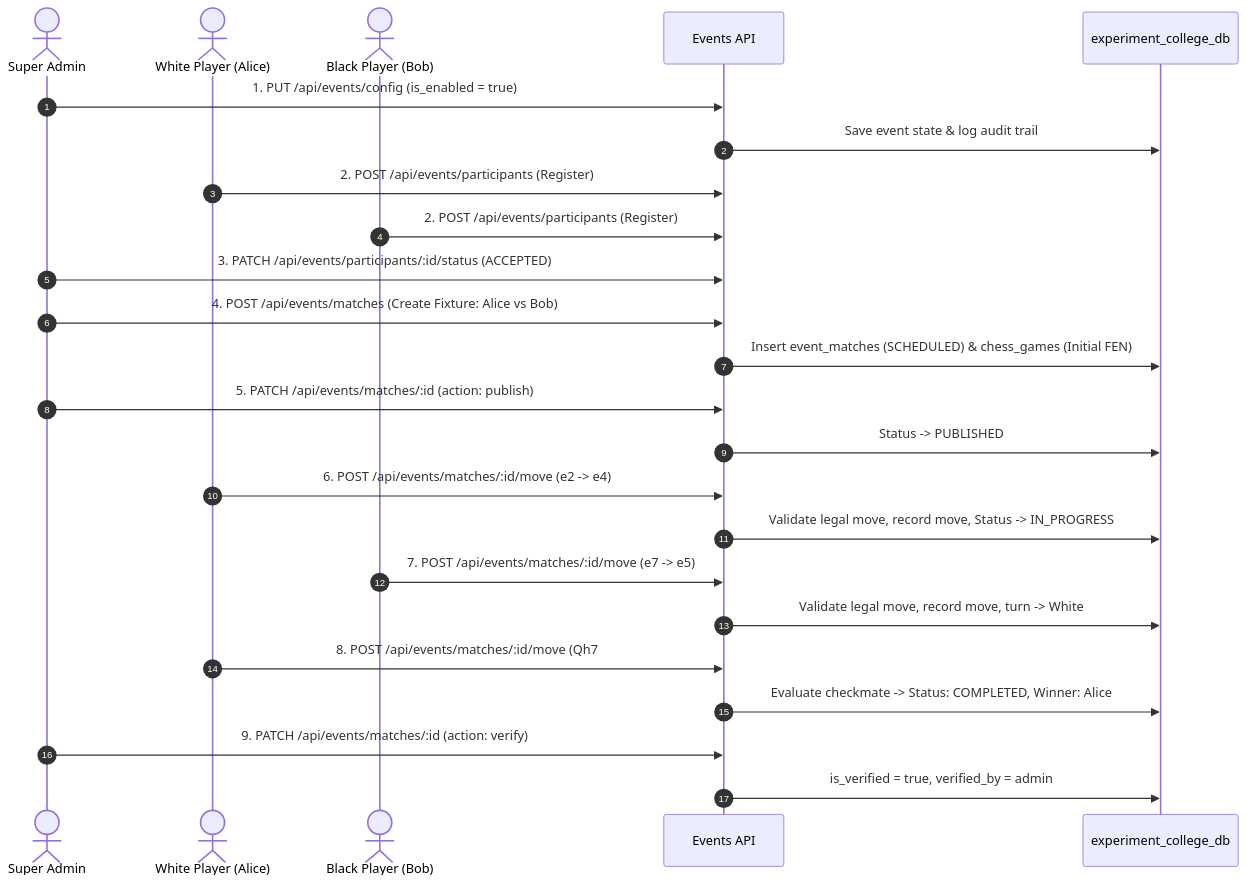
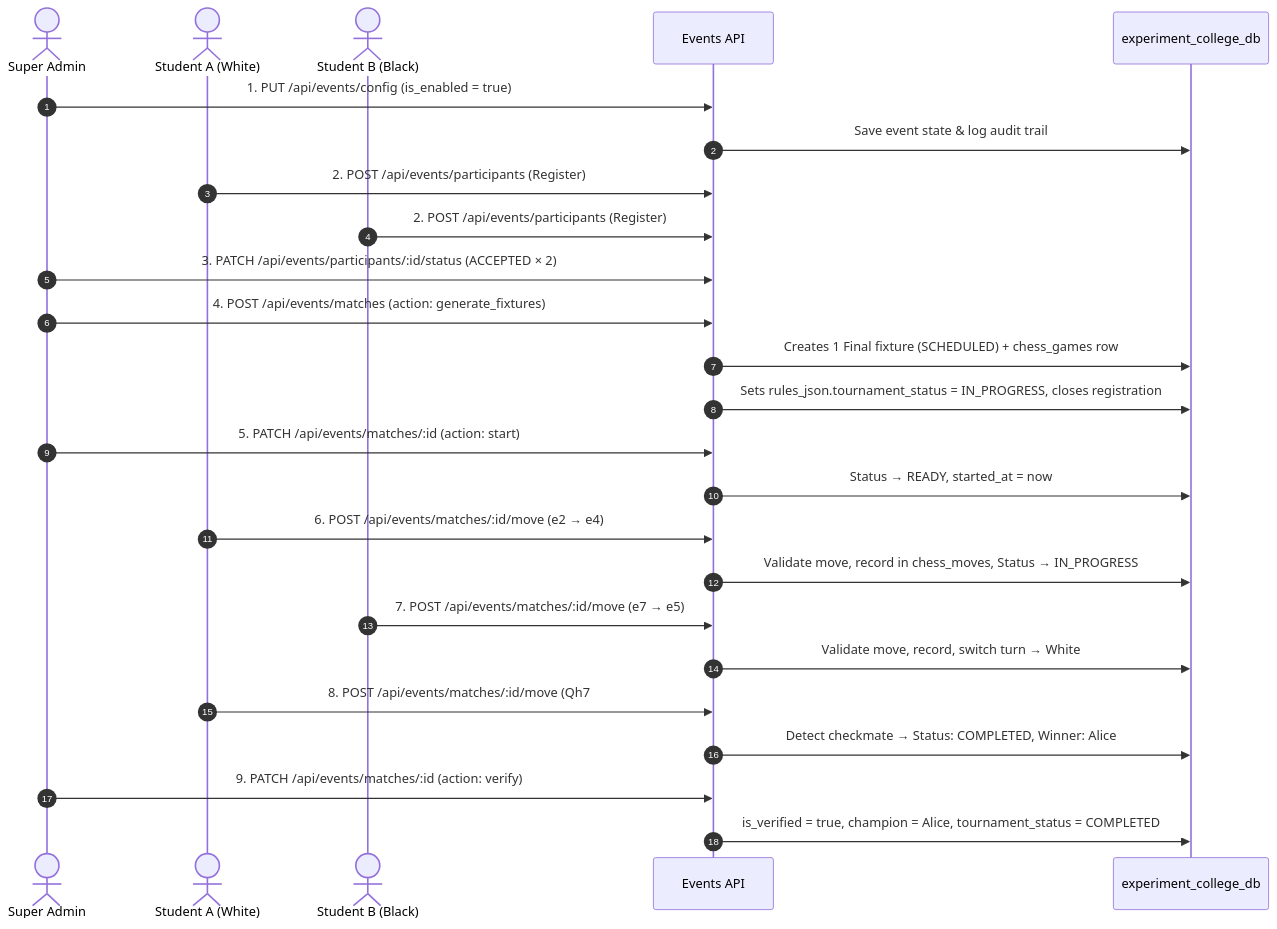
The second of 2 diagrams in DOCUMENTATION/features/events-chess.md (GouthamA15/KUCET_College_Management_System), drawn with Mermaid before and after one commit. The commit also changed other lines of this file and 12 other files, not shown here.

Commit message:
feat(events): complete chess tournament start and match workflow with arbiter result submission and verification

````diff
--- a/DOCUMENTATION/features/events-chess.md
+++ b/DOCUMENTATION/features/events-chess.md
@@ -92,34 +153,35 @@
 ```mermaid
 sequenceDiagram
     autonumber
     actor Admin as Super Admin
-    actor Alice as White Player (Alice)
-    actor Bob as Black Player (Bob)
+    actor Alice as Student A (White)
+    actor Bob as Student B (Black)
     participant API as Events API
     participant DB as experiment_college_db
 
     Admin->>API: 1. PUT /api/events/config (is_enabled = true)
     API->>DB: Save event state & log audit trail
     
     Alice->>API: 2. POST /api/events/participants (Register)
     Bob->>API: 2. POST /api/events/participants (Register)
     
-    Admin->>API: 3. PATCH /api/events/participants/:id/status (ACCEPTED)
-    Admin->>API: 4. POST /api/events/matches (Create Fixture: Alice vs Bob)
-    API->>DB: Insert event_matches (SCHEDULED) & chess_games (Initial FEN)
+    Admin->>API: 3. PATCH /api/events/participants/:id/status (ACCEPTED × 2)
+    Admin->>API: 4. POST /api/events/matches (action: generate_fixtures)
+    API->>DB: Creates 1 Final fixture (SCHEDULED) + chess_games row
+    API->>DB: Sets rules_json.tournament_status = IN_PROGRESS, closes registration
     
-    Admin->>API: 5. PATCH /api/events/matches/:id (action: publish)
-    API->>DB: Status -> PUBLISHED
+    Admin->>API: 5. PATCH /api/events/matches/:id (action: start)
+    API->>DB: Status → READY, started_at = now
     
-    Alice->>API: 6. POST /api/events/matches/:id/move (e2 -> e4)
-    API->>DB: Validate legal move, record move, Status -> IN_PROGRESS
+    Alice->>API: 6. POST /api/events/matches/:id/move (e2 → e4)
+    API->>DB: Validate move, record in chess_moves, Status → IN_PROGRESS
     
-    Bob->>API: 7. POST /api/events/matches/:id/move (e7 -> e5)
-    API->>DB: Validate legal move, record move, turn -> White
+    Bob->>API: 7. POST /api/events/matches/:id/move (e7 → e5)
+    API->>DB: Validate move, record, switch turn → White
     
     Alice->>API: 8. POST /api/events/matches/:id/move (Qh7# Checkmate)
-    API->>DB: Evaluate checkmate -> Status: COMPLETED, Winner: Alice
+    API->>DB: Detect checkmate → Status: COMPLETED, Winner: Alice
     
     Admin->>API: 9. PATCH /api/events/matches/:id (action: verify)
-    API->>DB: is_verified = true, verified_by = admin
+    API->>DB: is_verified = true, champion = Alice, tournament_status = COMPLETED
 ```
````
